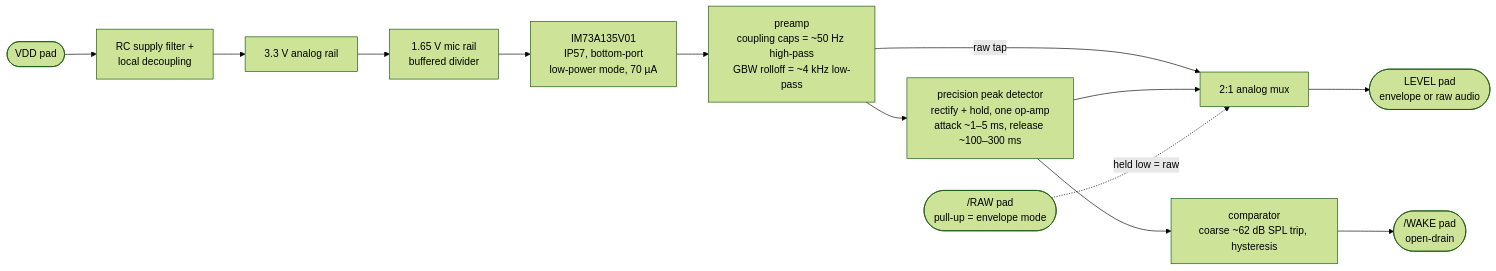
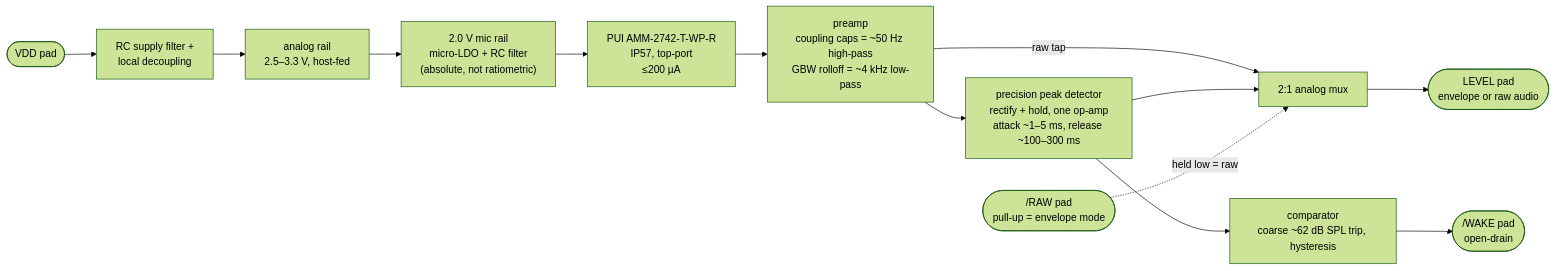
Before and after one commit to zackees/soundwake: the second of 6 diagrams in README.md, drawn with Mermaid (forest theme). The commit also changed other lines of this file and 1 other file, not shown here.

First line of the commit message:
docs: redesign spec for PUI mic + host dual-level 2.5/3.3 V rail (#15) (#16)

````diff
--- a/README.md
+++ b/README.md
@@ -79,15 +79,15 @@
 ```mermaid
 flowchart LR
     VDDPAD(["VDD pad"]) --> FLT["RC supply filter +<br/>local decoupling"]
-    FLT --> RAIL["3.3 V analog rail"]
-    RAIL --> MICREG["1.65 V mic rail<br/>buffered divider"]
+    FLT --> RAIL["analog rail<br/>2.5–3.3 V, host-fed"]
+    RAIL --> MICREG["2.0 V mic rail<br/>micro-LDO + RC filter<br/>(absolute, not ratiometric)"]
     MICREG --> MIC
-    MIC["IM73A135V01<br/>IP57, bottom-port<br/>low-power mode, 70 µA"] --> AMP["preamp<br/>coupling caps = ~50 Hz high-pass<br/>GBW rolloff = ~4 kHz low-pass"]
+    MIC["PUI AMM-2742-T-WP-R<br/>IP57, top-port<br/>≤200 µA"] --> AMP["preamp<br/>coupling caps = ~50 Hz high-pass<br/>GBW rolloff = ~4 kHz low-pass"]
     AMP --> PKD["precision peak detector<br/>rectify + hold, one op-amp<br/>attack ~1–5 ms, release ~100–300 ms"]
     AMP -->|"raw tap"| MUX["2:1 analog mux"]
     PKD --> MUX
     MUX --> LEVELPAD(["LEVEL pad<br/>envelope or raw audio"])
     PKD --> CMP["comparator<br/>coarse ~62 dB SPL trip, hysteresis"]
     CMP --> WAKEPAD(["/WAKE pad<br/>open-drain"])
     RAWPAD(["/RAW pad<br/>pull-up = envelope mode"]) -.->|"held low = raw"| MUX
 ```
````
